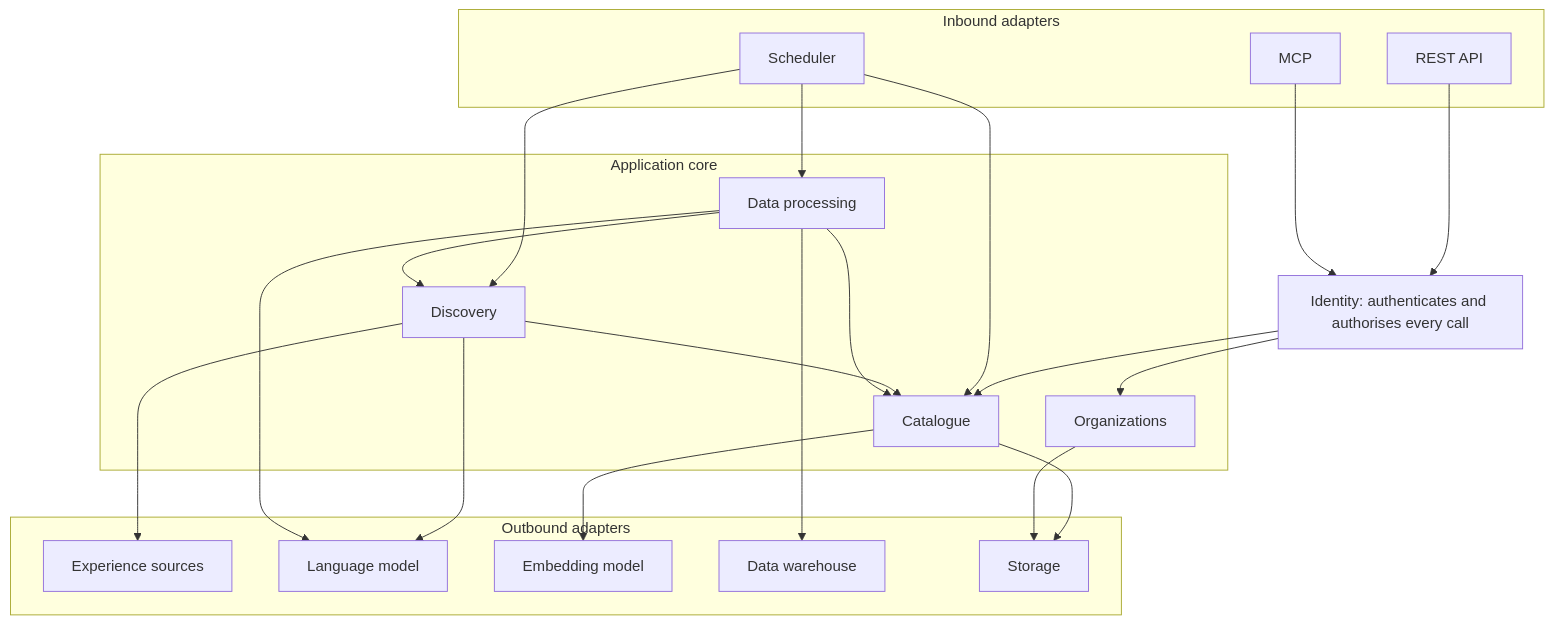
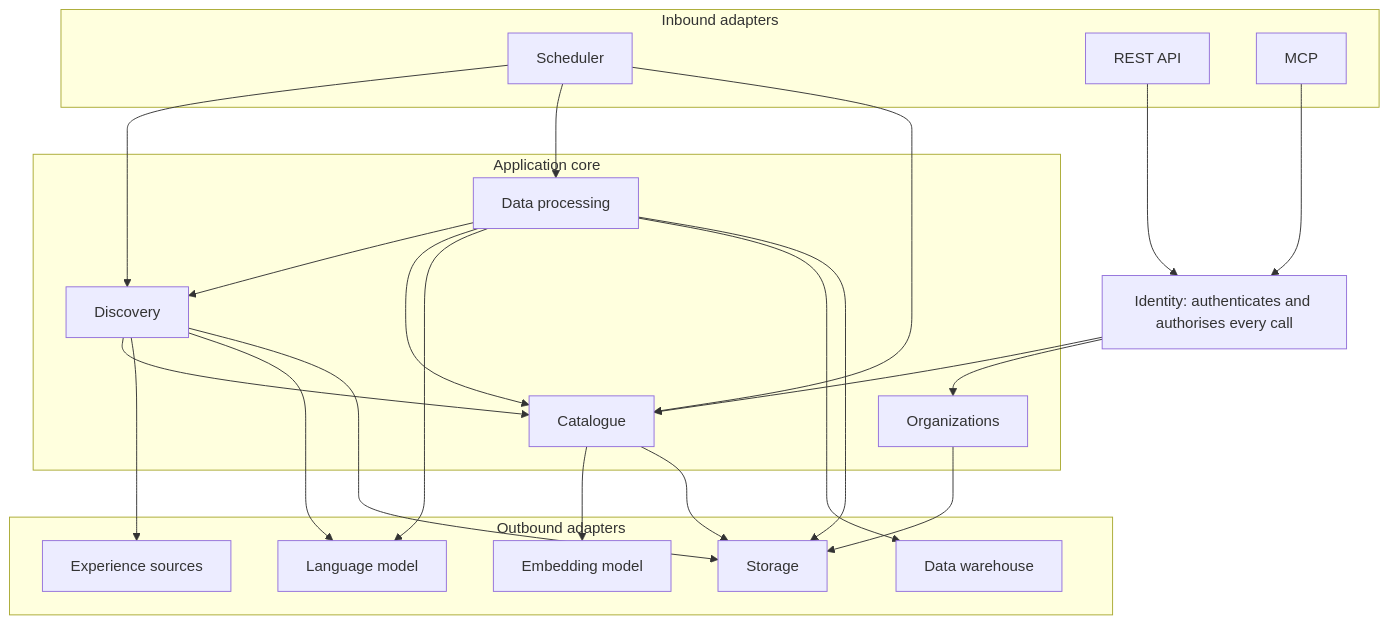
The diagram in docs/architecture.md (mdwt/magic-events), drawn with Mermaid before and after one commit. The commit also changed other lines of this file and 3 other files, not shown here.

First line of the commit message:
Docs: data processing decisions, data warehouse table, architecture rules

````diff
--- a/docs/architecture.md
+++ b/docs/architecture.md
@@ -83,39 +83,41 @@
 ```mermaid
 flowchart TB
   subgraph Inbound adapters
     SCH[Scheduler]
     REST[REST API]
     MCP[MCP]
   end
   ID[Identity: authenticates and authorises every call]
   subgraph Application core
     DIS[Discovery]
     DP[Data processing]
     CAT[Catalogue]
     ORG[Organizations]
   end
   subgraph Outbound adapters
     SRC[Experience sources]
     LM[Language model]
     EM[Embedding model]
     DW[Data warehouse]
     STO[Storage]
   end
   REST --> ID
   MCP --> ID
   ID --> CAT
   ID --> ORG
   SCH --> DIS
   SCH --> DP
   SCH --> CAT
   DIS --> CAT
   DP --> DIS
   DP --> CAT
   DIS --> SRC
   DIS --> LM
   DP --> LM
   CAT --> EM
   DP --> DW
+  DIS --> STO
+  DP --> STO
   CAT --> STO
   ORG --> STO
 ```
````
